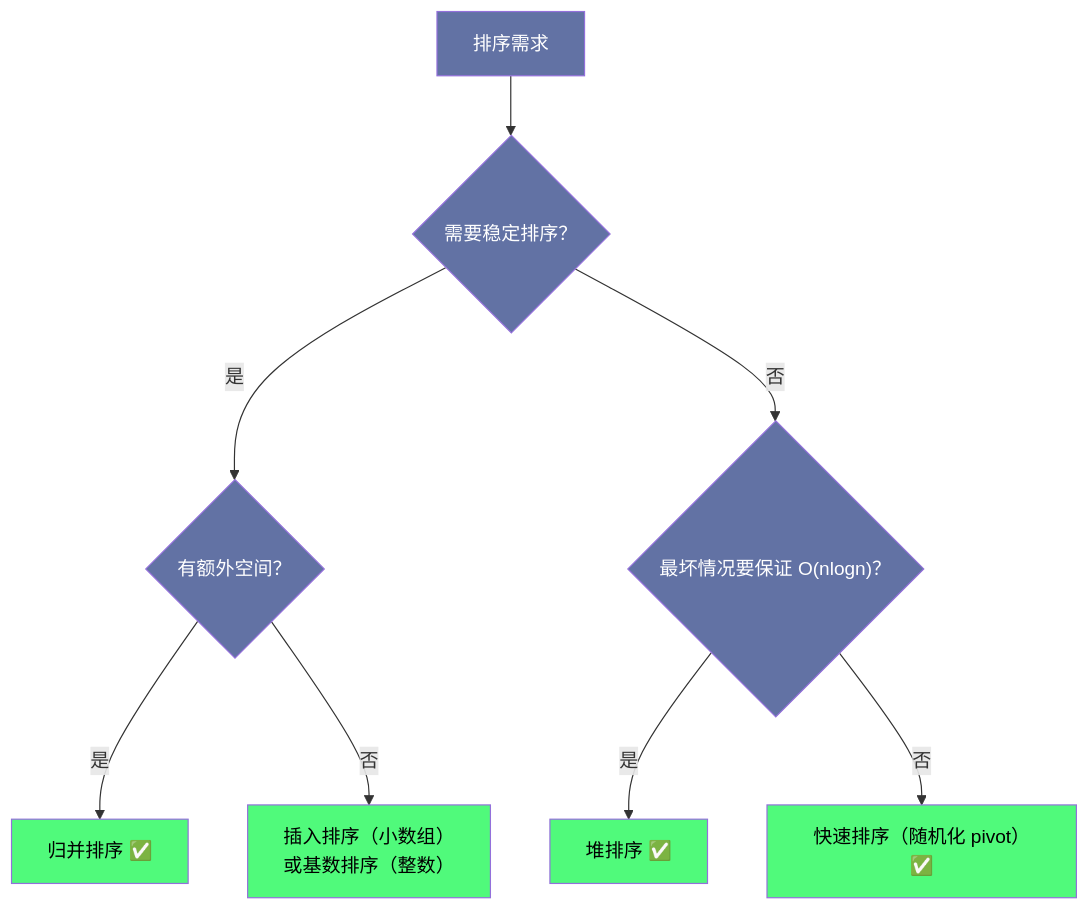
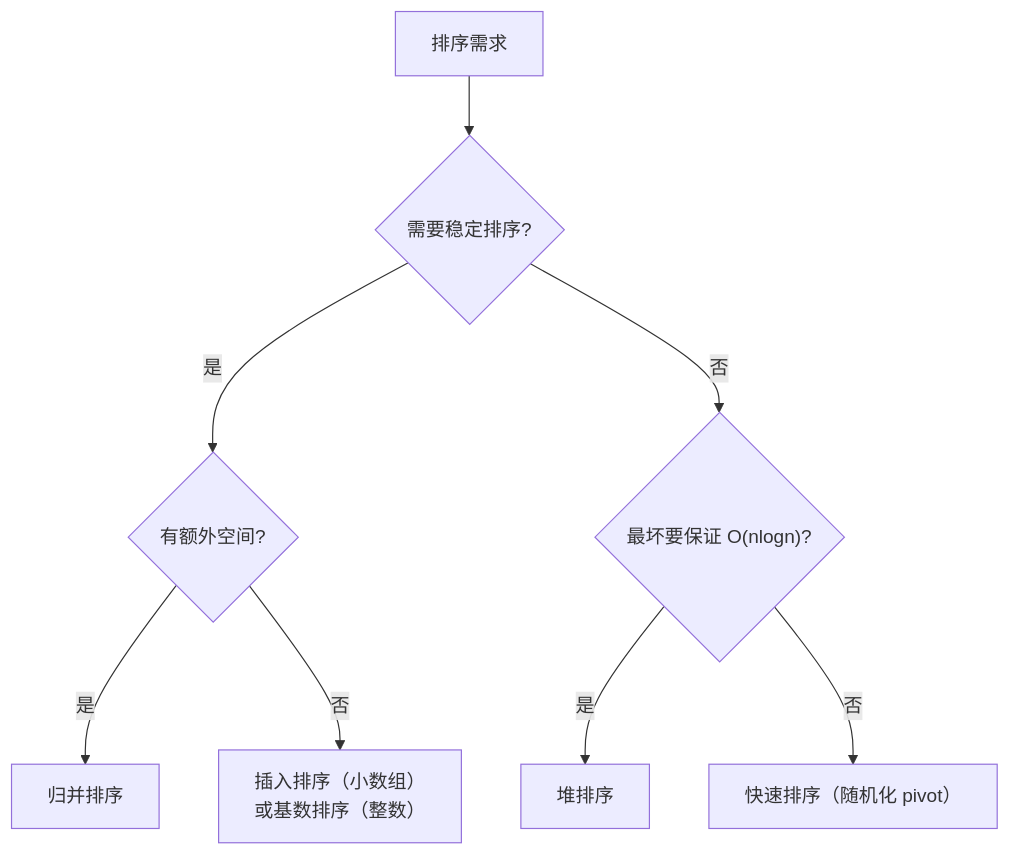
The second of 2 diagrams in content/数据结构与算法/排序与查找/01 排序算法原理全景：从 O(n²) 到 O(nlogn) 的演进之路.md (hpliStartAgain/my-brain), drawn with Mermaid before and after one commit. The commit also changed other lines of this file and 72 other files, not shown here.

````diff
--- a/content/数据结构与算法/排序与查找/01 排序算法原理全景：从 O(n²) 到 O(nlogn) 的演进之路.md
+++ b/content/数据结构与算法/排序与查找/01 排序算法原理全景：从 O(n²) 到 O(nlogn) 的演进之路.md
@@ -314,15 +272,11 @@
 ```mermaid
-graph TD
-    A["排序需求"] --> B{"需要稳定排序？"}
-    B -- "是" --> C{"有额外空间？"}
-    B -- "否" --> D{"最坏情况要保证 O(nlogn)？"}
-    C -- "是" --> E["归并排序 ✅"]
-    C -- "否" --> F["插入排序（小数组）\n或基数排序（整数）"]
-    D -- "是" --> G["堆排序 ✅"]
-    D -- "否" --> H["快速排序（随机化 pivot）✅"]
-
-    classDef decision fill:#6272a4,color:#fff
-    classDef result fill:#50fa7b,color:#000
-    class A,B,C,D decision
-    class E,F,G,H result
+%%{init: {'theme': 'dracula'}}%%
+flowchart TD
+    A["排序需求"] --> B{"需要稳定排序?"}
+    B -->|"是"| C{"有额外空间?"}
+    B -->|"否"| D{"最坏要保证 O(nlogn)?"}
+    C -->|"是"| E["归并排序"]
+    C -->|"否"| F["插入排序（小数组）<br/>或基数排序（整数）"]
+    D -->|"是"| G["堆排序"]
+    D -->|"否"| H["快速排序（随机化 pivot）"]
 ```
````
